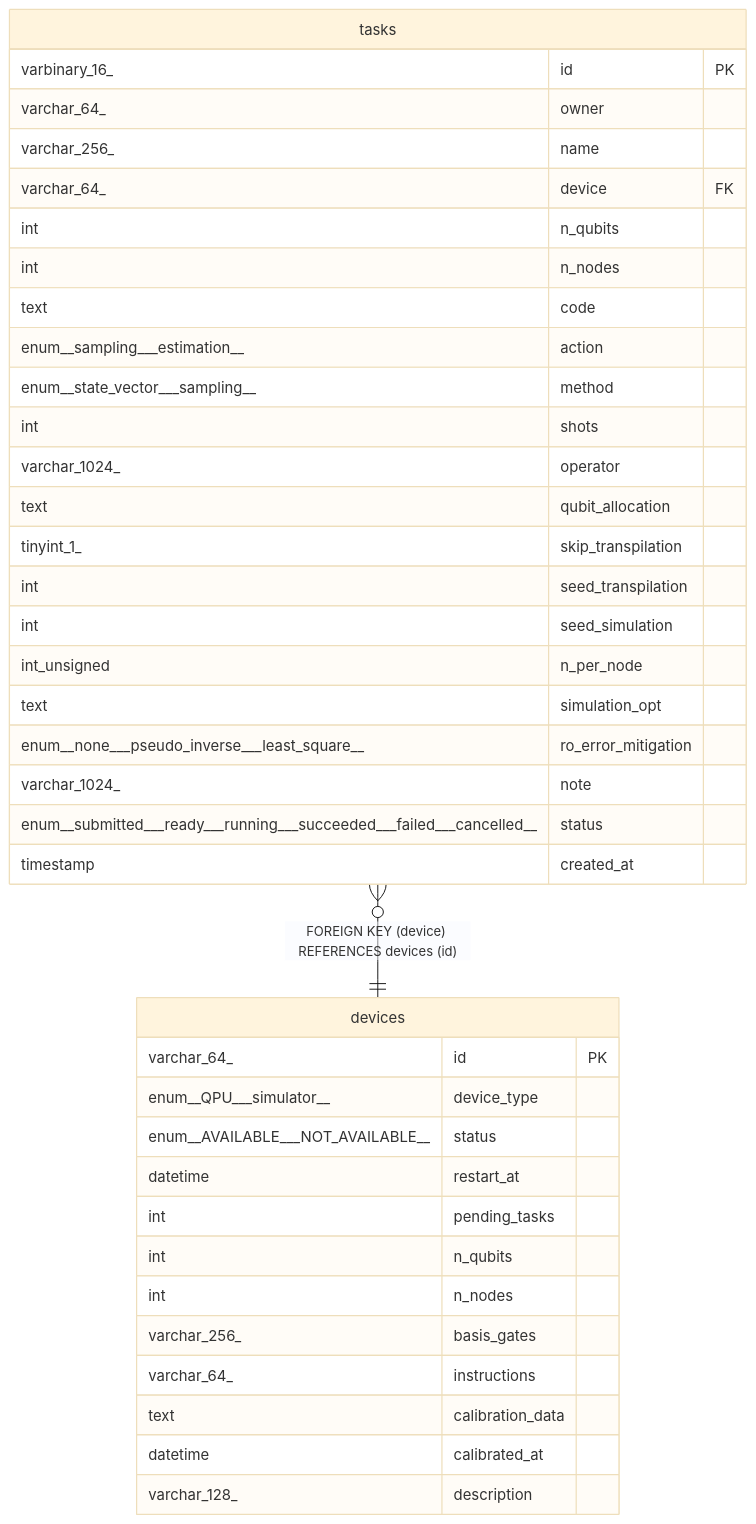
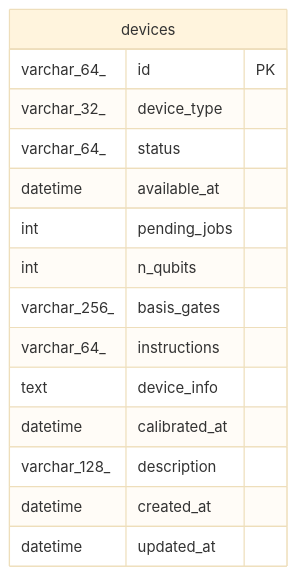
The diagram in docs/schema/devices.md (oqtopus-team/oqtopus-cloud), drawn with Mermaid (base theme) before and after one commit. The commit also changed other lines of this file and 2 other files, not shown here.

Commit message:
Auto update DB schema docs 20251117-121954

````diff
--- a/docs/schema/devices.md
+++ b/docs/schema/devices.md
@@ -59,43 +61,20 @@
 ```mermaid
 erDiagram
 
-"tasks" }o--|| "devices" : "FOREIGN KEY (device) REFERENCES devices (id)"
 
 "devices" {
   varchar_64_ id PK
-  enum__QPU___simulator__ device_type
-  enum__AVAILABLE___NOT_AVAILABLE__ status
-  datetime restart_at
-  int pending_tasks
+  varchar_32_ device_type
+  varchar_64_ status
+  datetime available_at
+  int pending_jobs
   int n_qubits
-  int n_nodes
   varchar_256_ basis_gates
   varchar_64_ instructions
-  text calibration_data
+  text device_info
   datetime calibrated_at
   varchar_128_ description
-}
-"tasks" {
-  varbinary_16_ id PK
-  varchar_64_ owner
-  varchar_256_ name
-  varchar_64_ device FK
-  int n_qubits
-  int n_nodes
-  text code
-  enum__sampling___estimation__ action
-  enum__state_vector___sampling__ method
-  int shots
-  varchar_1024_ operator
-  text qubit_allocation
-  tinyint_1_ skip_transpilation
-  int seed_transpilation
-  int seed_simulation
-  int_unsigned n_per_node
-  text simulation_opt
-  enum__none___pseudo_inverse___least_square__ ro_error_mitigation
-  varchar_1024_ note
-  enum__submitted___ready___running___succeeded___failed___cancelled__ status
-  timestamp created_at
+  datetime created_at
+  datetime updated_at
 }
 ```
````
